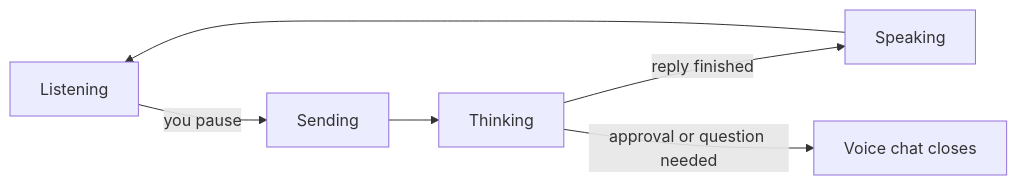
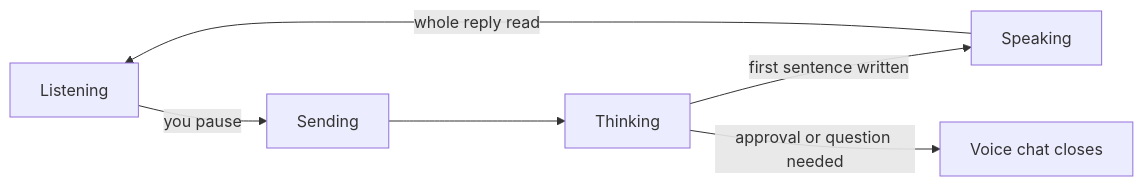
The diagram in docs/user/chat-mode.md (jroell/one), drawn with Mermaid before and after one commit. The commit also changed other lines of this file and 5 other files, not shown here.

````diff
--- a/docs/user/chat-mode.md
+++ b/docs/user/chat-mode.md
@@ -17,8 +17,8 @@
 ```mermaid
 flowchart LR
   Listen["Listening"] -->|you pause| Send["Sending"]
   Send --> Think["Thinking"]
-  Think -->|reply finished| Speak["Speaking"]
-  Speak --> Listen
+  Think -->|first sentence written| Speak["Speaking"]
+  Speak -->|whole reply read| Listen
   Think -->|approval or question needed| Close["Voice chat closes"]
 ```
````
